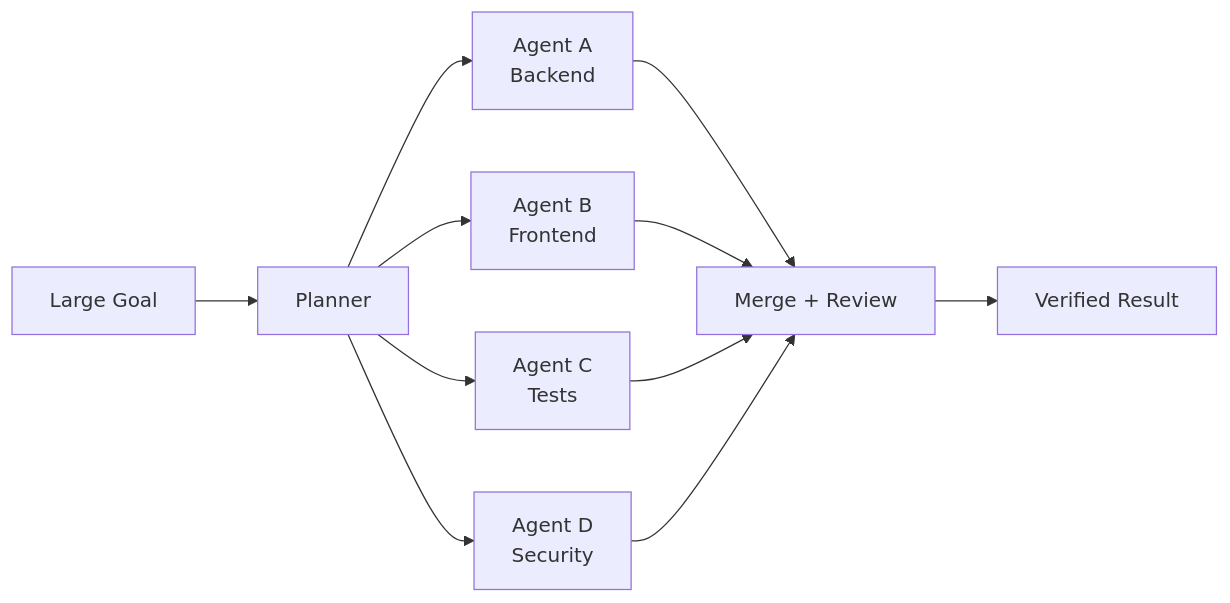
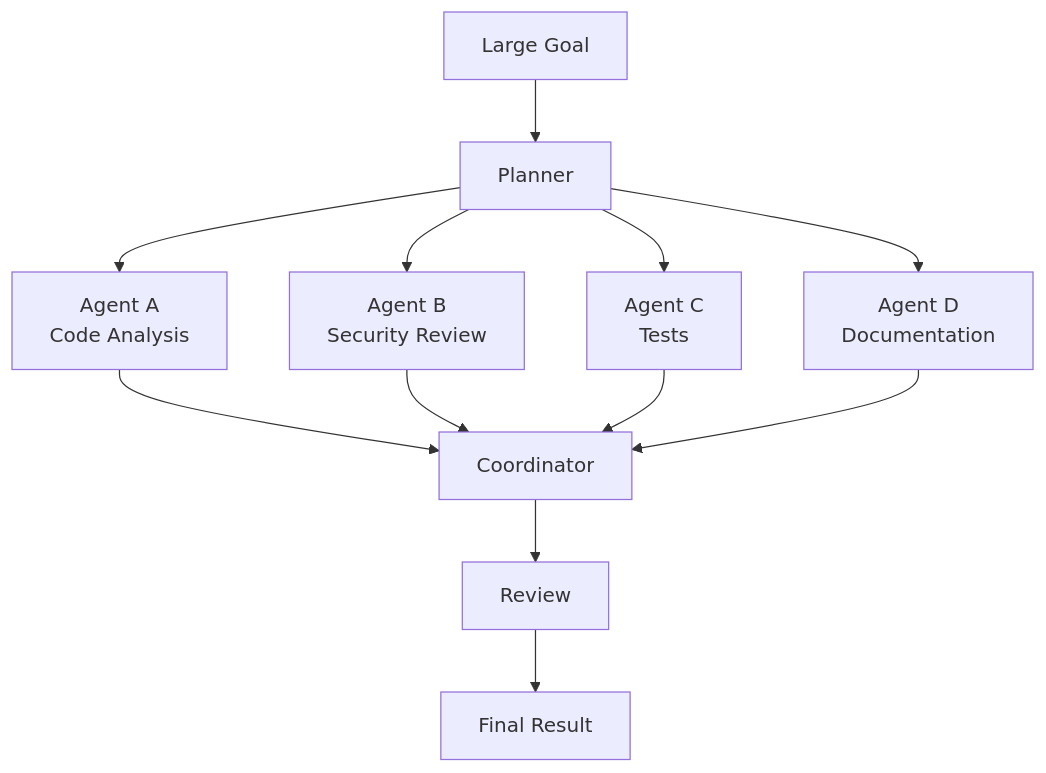
The third of 4 diagrams in README.md (2mzcmn9b4n-star/alphacode), drawn with Mermaid before and after one commit. The commit also changed other lines of this file, not shown here.

````diff
--- a/README.md
+++ b/README.md
@@ -578,27 +563,17 @@
 ```mermaid
-flowchart LR
+flowchart TD
+    G["Large Goal"] --> P["Planner"]
 
-    G["Large Goal"]
-    P["Planner"]
+    P --> A["Agent A<br/>Code Analysis"]
+    P --> B["Agent B<br/>Security Review"]
+    P --> C["Agent C<br/>Tests"]
+    P --> D["Agent D<br/>Documentation"]
 
-    A["Agent A<br/>Backend"]
-    B["Agent B<br/>Frontend"]
-    C["Agent C<br/>Tests"]
-    D["Agent D<br/>Security"]
-
-    M["Merge + Review"]
-    R["Verified Result"]
-
-    G --> P
-    P --> A
-    P --> B
-    P --> C
-    P --> D
-
-    A --> M
+    A --> M["Coordinator"]
     B --> M
     C --> M
     D --> M
 
-    M --> R
+    M --> R["Review"]
+    R --> F["Final Result"]
 ```
````
